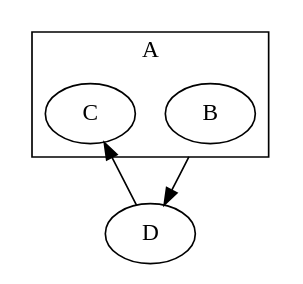
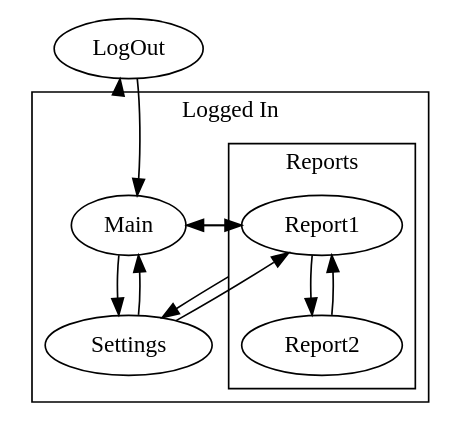
The second of 2 diagrams in docs/topics/state-machines.rst (hwayne/learntla-v2), drawn with Graphviz before and after one commit. The commit also changed other lines of this file and 16 other files, not shown here.

```diff
--- a/docs/topics/state-machines.rst
+++ b/docs/topics/state-machines.rst
@@ -47,11 +77,23 @@
 .. digraph:: hsl
 
   compound=true;
 
-  subgraph cluster_A {
-    label=A;
-    B;
-    C;
+  LogOut
+  
+    LogOut -> Main;
+  subgraph cluster_app {
+    label="Logged In";
+    Main -> Settings;
+    Settings -> Main;
+    {Main Settings} -> Report1;
+    Report1 -> {Main Settings}[ltail="cluster_reports"];
+    
+    subgraph cluster_reports {
+      label=Reports
+      Report1;
+      Report2;
+      Report1 -> Report2;
+      Report2 -> Report1;
+    }
   }
-  D -> C;
-  B -> D[ltail="cluster_A"];
+  Main -> LogOut[ltail="cluster_app"];
```
